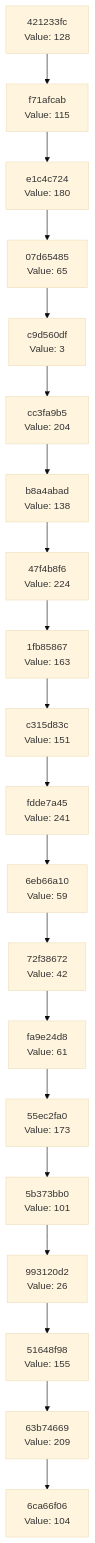
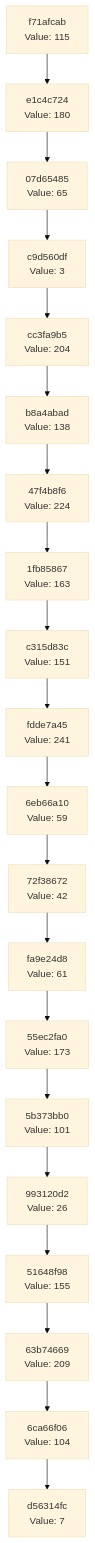
One commit to Abhisheksinha1506/hash-chain-evolver changed the diagram in docs/CHAIN_VISUALIZATION.md. Above: the diagram before and after it, drawn with Mermaid (base theme). The commit also changed 2 other files, not shown here.

Commit message:
Evolution step: hash 0x07 → action executed

````diff
--- a/docs/CHAIN_VISUALIZATION.md
+++ b/docs/CHAIN_VISUALIZATION.md
@@ -3,42 +3,42 @@
 ```mermaid
 graph TD
-    C0["6ca66f06<br/>Value: 104"]
-    C1["63b74669<br/>Value: 209"]
+    C0["d56314fc<br/>Value: 7"]
+    C1["6ca66f06<br/>Value: 104"]
     C1 --> C0
-    C2["51648f98<br/>Value: 155"]
+    C2["63b74669<br/>Value: 209"]
     C2 --> C1
-    C3["993120d2<br/>Value: 26"]
+    C3["51648f98<br/>Value: 155"]
     C3 --> C2
-    C4["5b373bb0<br/>Value: 101"]
+    C4["993120d2<br/>Value: 26"]
     C4 --> C3
-    C5["55ec2fa0<br/>Value: 173"]
+    C5["5b373bb0<br/>Value: 101"]
     C5 --> C4
-    C6["fa9e24d8<br/>Value: 61"]
+    C6["55ec2fa0<br/>Value: 173"]
     C6 --> C5
-    C7["72f38672<br/>Value: 42"]
+    C7["fa9e24d8<br/>Value: 61"]
     C7 --> C6
-    C8["6eb66a10<br/>Value: 59"]
+    C8["72f38672<br/>Value: 42"]
     C8 --> C7
-    C9["fdde7a45<br/>Value: 241"]
+    C9["6eb66a10<br/>Value: 59"]
     C9 --> C8
-    C10["c315d83c<br/>Value: 151"]
+    C10["fdde7a45<br/>Value: 241"]
     C10 --> C9
-    C11["1fb85867<br/>Value: 163"]
+    C11["c315d83c<br/>Value: 151"]
     C11 --> C10
-    C12["47f4b8f6<br/>Value: 224"]
+    C12["1fb85867<br/>Value: 163"]
     C12 --> C11
-    C13["b8a4abad<br/>Value: 138"]
+    C13["47f4b8f6<br/>Value: 224"]
     C13 --> C12
-    C14["cc3fa9b5<br/>Value: 204"]
+    C14["b8a4abad<br/>Value: 138"]
     C14 --> C13
-    C15["c9d560df<br/>Value: 3"]
+    C15["cc3fa9b5<br/>Value: 204"]
     C15 --> C14
-    C16["07d65485<br/>Value: 65"]
+    C16["c9d560df<br/>Value: 3"]
     C16 --> C15
-    C17["e1c4c724<br/>Value: 180"]
+    C17["07d65485<br/>Value: 65"]
     C17 --> C16
-    C18["f71afcab<br/>Value: 115"]
+    C18["e1c4c724<br/>Value: 180"]
     C18 --> C17
-    C19["421233fc<br/>Value: 128"]
+    C19["f71afcab<br/>Value: 115"]
     C19 --> C18
 ```
````
